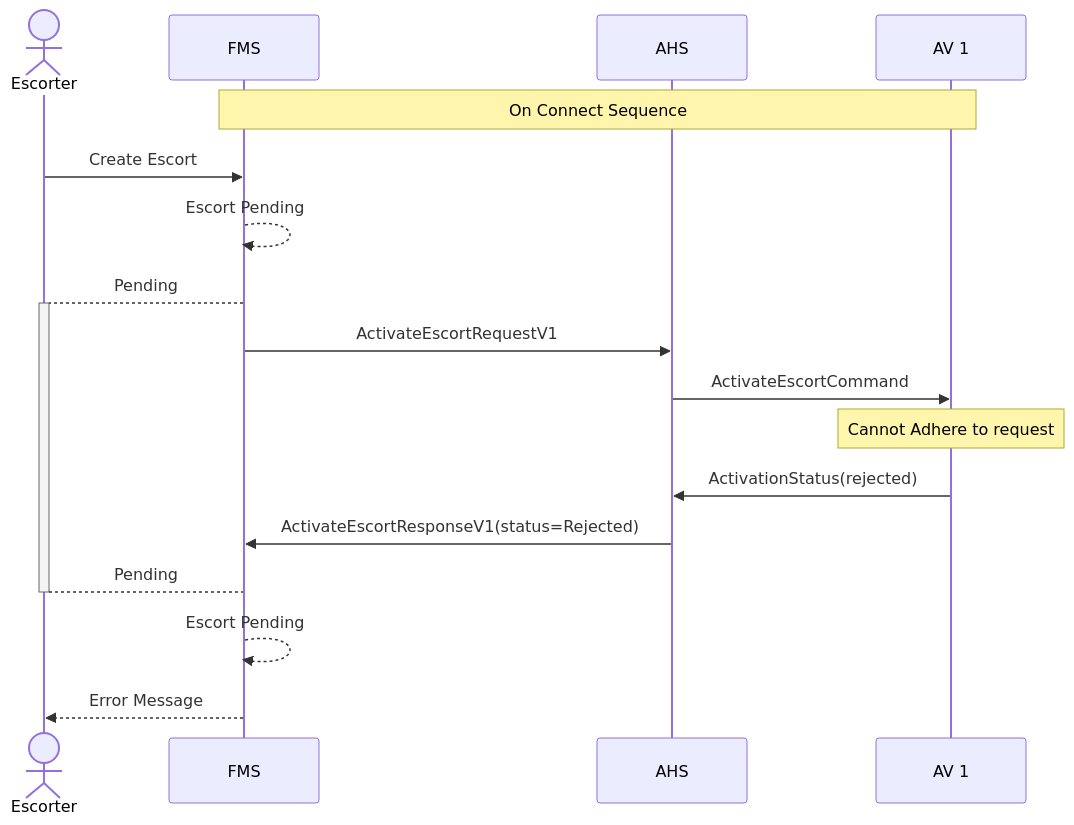
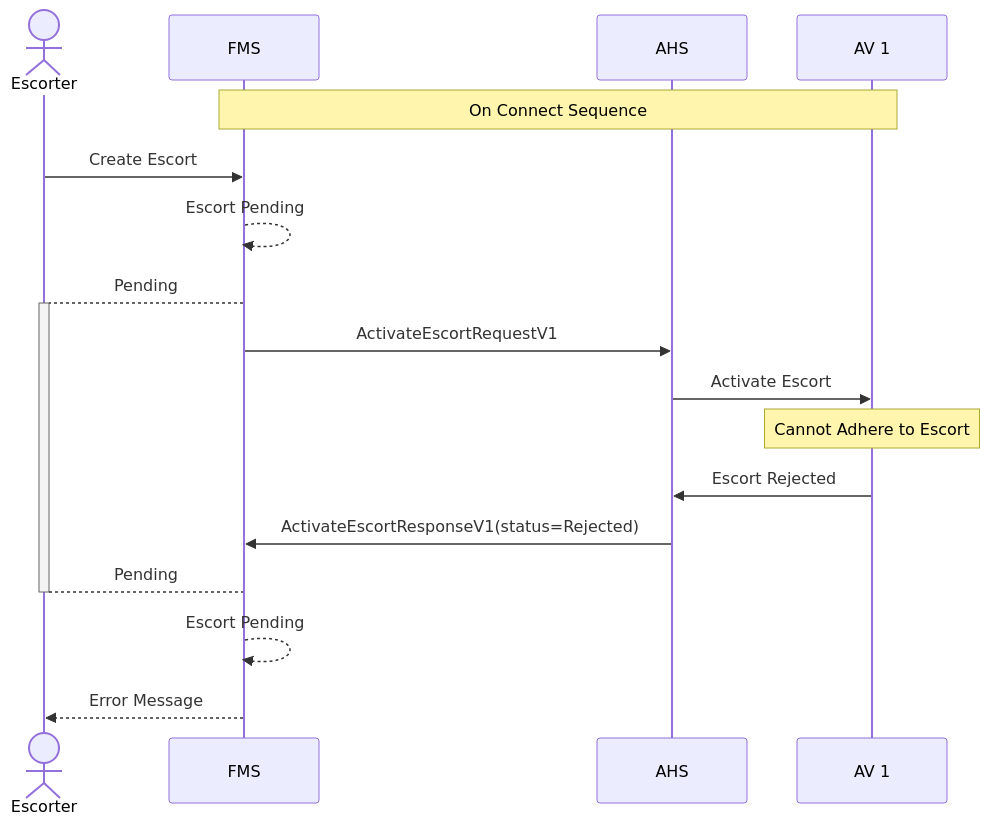
Before and after one commit to open-autonomy/escort: the third of 3 diagrams in diagram/EscortActivation.md, drawn with Mermaid. The commit also changed other lines of this file, not shown here.

Commit message:
Generic communication between AHS and AV

````diff
--- a/diagram/EscortActivation.md
+++ b/diagram/EscortActivation.md
@@ -94,20 +94,20 @@
 ```mermaid
 sequenceDiagram
     actor Escorter
     participant FMS
     participant AHS
     participant AV 1
 
     Note over FMS,AV 1: On Connect Sequence
     Escorter->>FMS: Create Escort
     FMS-->>FMS: Escort Pending
     FMS-->+Escorter: Pending
     FMS->>AHS: ActivateEscortRequestV1
-    AHS->>AV 1: ActivateEscortCommand
-    Note Over AV 1: Cannot Adhere to request
-    AV 1->>AHS: ActivationStatus(rejected)
+    AHS->>AV 1: Activate Escort
+    Note Over AV 1: Cannot Adhere to Escort
+    AV 1->>AHS: Escort Rejected
     AHS->>FMS: ActivateEscortResponseV1(status=Rejected)
     Escorter-->-FMS: Pending
     FMS-->>FMS: Escort Pending
     FMS-->>Escorter: Error Message
 ```
````
